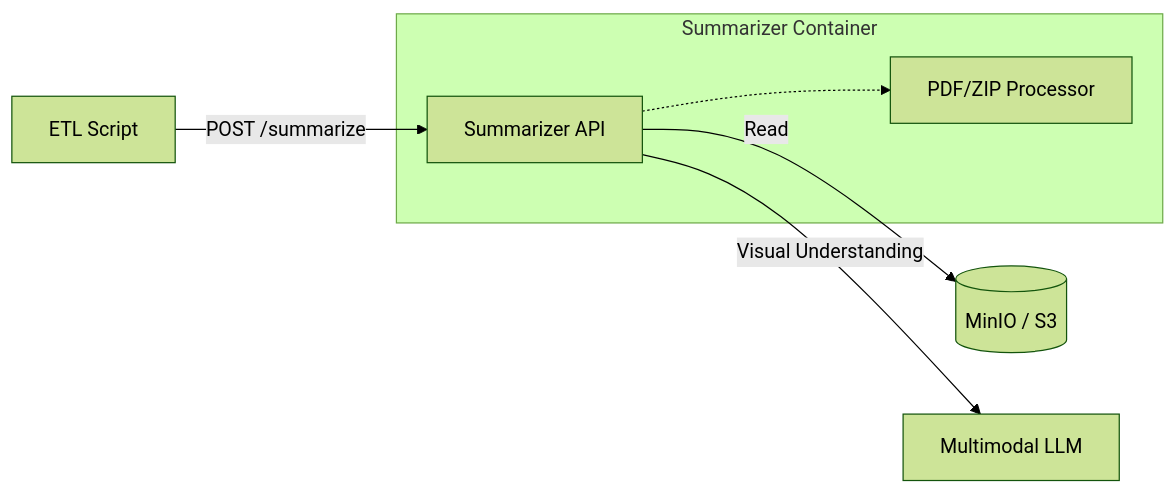
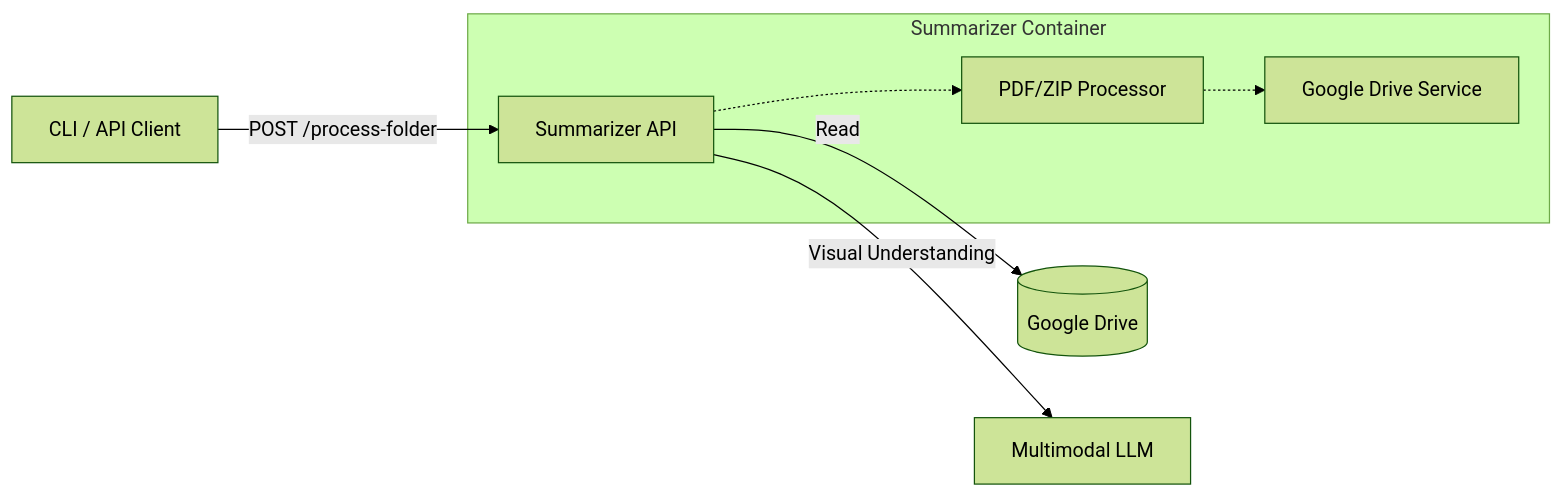
The diagram in README.md (alejandro-garnung-ctic/summarizer), drawn with Mermaid (forest theme) before and after one commit. The commit also changed other lines of this file and 15 other files, not shown here.

````diff
--- a/README.md
+++ b/README.md
@@ -18,13 +18,15 @@
 ```mermaid
 graph LR
-    Client[ETL Script] -->|POST /summarize| API[Summarizer API]
-    API -->|Read| Storage[(MinIO / S3)]
+    Client[CLI / API Client] -->|POST /process-folder| API[Summarizer API]
+    API -->|Read| GDrive[(Google Drive)]
     API -->|Visual Understanding| LLM[Multimodal LLM]
     
     subgraph "Summarizer Container"
     API
     Processor[PDF/ZIP Processor]
+    GDriveService[Google Drive Service]
     end
     
     API -.-> Processor
+    Processor -.-> GDriveService
 ```
````
